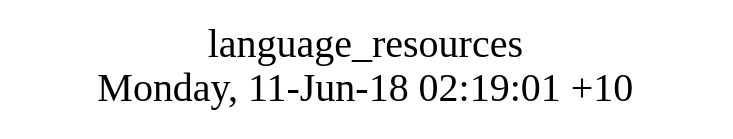
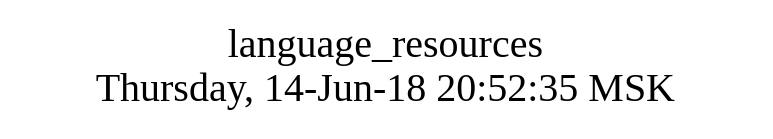
Before and after one commit to AplaProject/apps: the diagram in src/basic/language_resources/struct.dot, drawn with Graphviz. The commit also changed 20 other files, not shown here.

```diff
--- a/src/basic/language_resources/struct.dot
+++ b/src/basic/language_resources/struct.dot
@@ -1,8 +1,10 @@
 digraph G {
-fontsize="24";
-label="language_resources\nMonday, 11-Jun-18 02:19:01 +10";
-nojustify=true;
-ordering=out;
-rankdir=LR;
-size="30";
+graph [
+  fontsize="24";
+  label="language_resources\nThursday, 14-Jun-18 20:52:35 MSK";
+  nojustify=true;
+  ordering=out;
+  rankdir=LR;
+  size="30";
+];
 }
```
